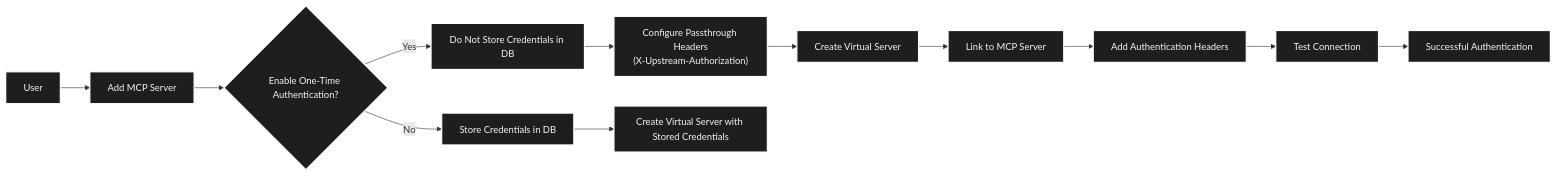
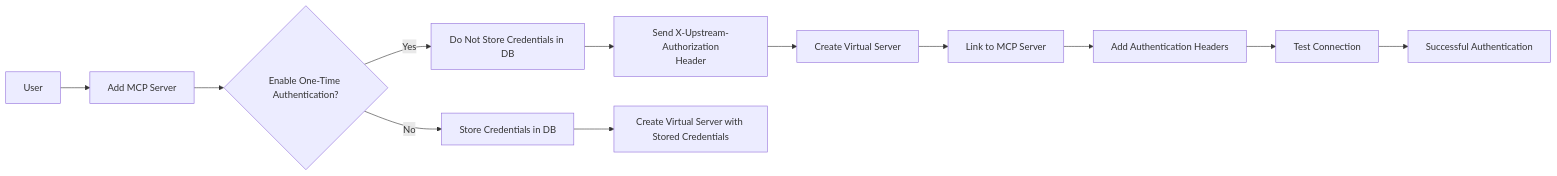
The first of 2 diagrams in docs/docs/architecture/adr/023-one-time-authentication-servers.md (tedhabeck/mcp-context-forge), drawn with Mermaid before and after one commit. The commit also changed other lines of this file and 147 other files, not shown here.

First line of the commit message:
docs: refresh docs formatting, links, and diagrams (#2624)

````diff
--- a/docs/docs/architecture/adr/023-one-time-authentication-servers.md
+++ b/docs/docs/architecture/adr/023-one-time-authentication-servers.md
@@ -52,17 +53,15 @@
 ```mermaid
 graph LR
     A[User] --> B["Add MCP Server"]
     B --> C{"Enable One-Time Authentication?"}
     C -->|Yes| D["Do Not Store Credentials in DB"]
     C -->|No| E["Store Credentials in DB"]
-    D --> F["Configure Passthrough Headers<br/>(X-Upstream-Authorization)"]
+    D --> F["Send X-Upstream-Authorization<br/>Header"]
     F --> G["Create Virtual Server"]
     G --> H["Link to MCP Server"]
     H --> I["Add Authentication Headers"]
     I --> J["Test Connection"]
     J --> K["Successful Authentication"]
     E --> L["Create Virtual Server with Stored Credentials"]
 
-    classDef step fill:#1e1e1e,stroke:#ffffff,stroke-width:2px,color:#f5f5f5;
-    class A,B,C,D,E,F,G,H,I,J,K,L step;
 ```
````
